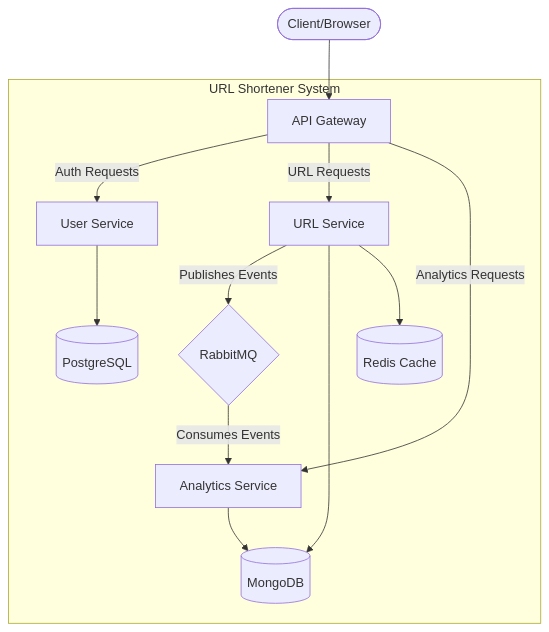
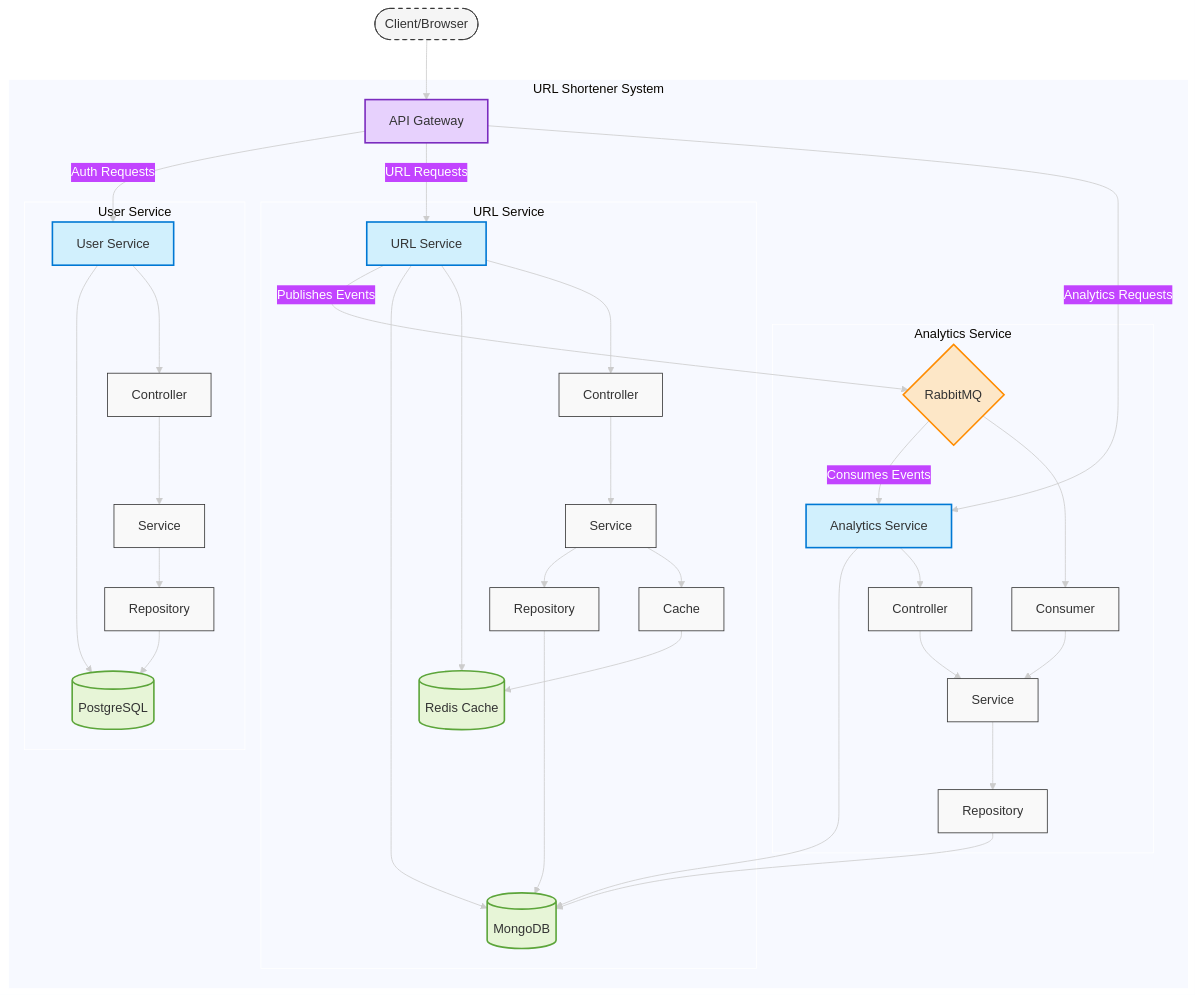
Before and after one commit to ayushjoshi45/url-shortener: the diagram in README.md, drawn with Mermaid. The commit also changed other lines of this file and 4 other files, not shown here.

Commit message:
chore(tsconfig): use node10 module resolution; docs: restore original architecture section

````diff
--- a/README.md
+++ b/README.md
@@ -22,18 +22,60 @@
 ```mermaid
+%%{init: {'theme': 'base', 'themeVariables': { 'darkMode': true, 'background': '#333', 'primaryTextColor': '#fff' }}}%%
 graph TD
     Client([Client/Browser]) --> Gateway[API Gateway]
 
     subgraph "URL Shortener System"
         Gateway --> |Auth Requests| UserService[User Service]
         Gateway --> |URL Requests| URLService[URL Service]
         Gateway --> |Analytics Requests| AnalyticsService[Analytics Service]
 
         URLService --> |Publishes Events| RabbitMQ{RabbitMQ}
         RabbitMQ --> |Consumes Events| AnalyticsService
 
         URLService --> MongoDB[(MongoDB)]
         URLService --> Redis[(Redis Cache)]
         UserService --> PostgreSQL[(PostgreSQL)]
         AnalyticsService --> MongoDB
+
+        subgraph "User Service"
+            UserService --> UserController[Controller]
+            UserController --> UserService_Service[Service]
+            UserService_Service --> UserRepository[Repository]
+            UserRepository --> PostgreSQL
+        end
+
+        subgraph "URL Service"
+            URLService --> URLController[Controller]
+            URLController --> URLService_Service[Service]
+            URLService_Service --> URLRepository[Repository]
+            URLRepository --> MongoDB
+            URLService_Service --> URLCache[Cache]
+            URLCache --> Redis
+        end
+
+        subgraph "Analytics Service"
+            AnalyticsService --> AnalyticsController[Controller]
+            AnalyticsController --> AnalyticsService_Service[Service]
+            AnalyticsService_Service --> AnalyticsRepository[Repository]
+            AnalyticsRepository --> MongoDB
+            RabbitMQ --> AnalyticsConsumer[Consumer]
+            AnalyticsConsumer --> AnalyticsService_Service
+        end
     end
+
+    class Client,Gateway,UserService,URLService,AnalyticsService,RabbitMQ,MongoDB,Redis,PostgreSQL,UserController,UserService_Service,UserRepository,URLController,URLService_Service,URLRepository,URLCache,AnalyticsController,AnalyticsService_Service,AnalyticsRepository,AnalyticsConsumer nodeStyle
+
+    %% Styles that work in both light and dark modes
+    classDef nodeStyle fill:#f9f9f9,stroke:#333,stroke-width:1px,color:#333
+    classDef microservice fill:#d1f0fd,stroke:#0078d4,stroke-width:2px,color:#333
+    classDef database fill:#e7f5d7,stroke:#5ca53a,stroke-width:2px,color:#333
+    classDef messagebroker fill:#fde7c7,stroke:#ff8c00,stroke-width:2px,color:#333
+    classDef gateway fill:#e7d1fd,stroke:#7b2cbf,stroke-width:2px,color:#333
+    classDef client fill:#f5f5f5,stroke:#333,stroke-width:1px,stroke-dasharray: 5 5,color:#333
+
+    class UserService,URLService,AnalyticsService microservice
+    class MongoDB,PostgreSQL,Redis database
+    class RabbitMQ messagebroker
+    class Gateway gateway
+    class Client client
 ```
````
